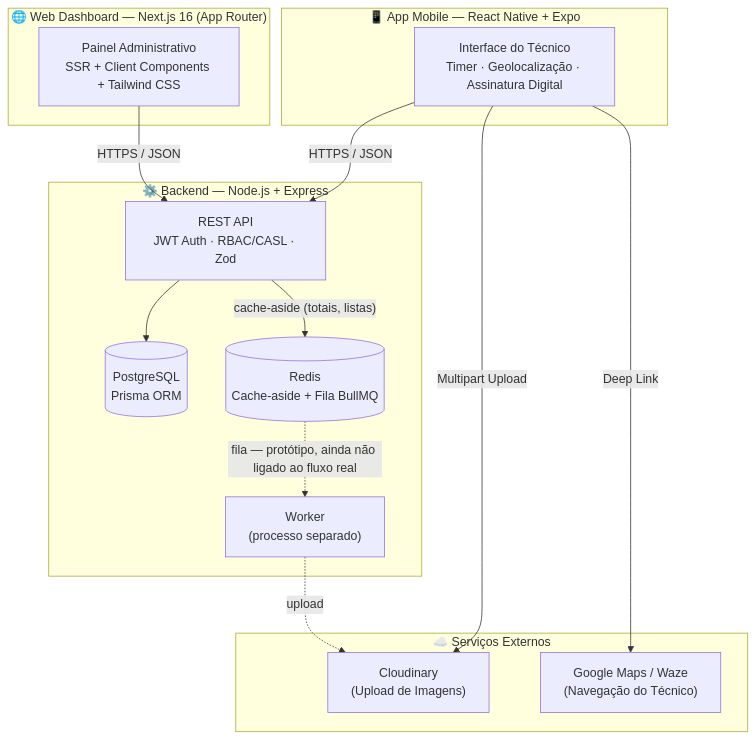
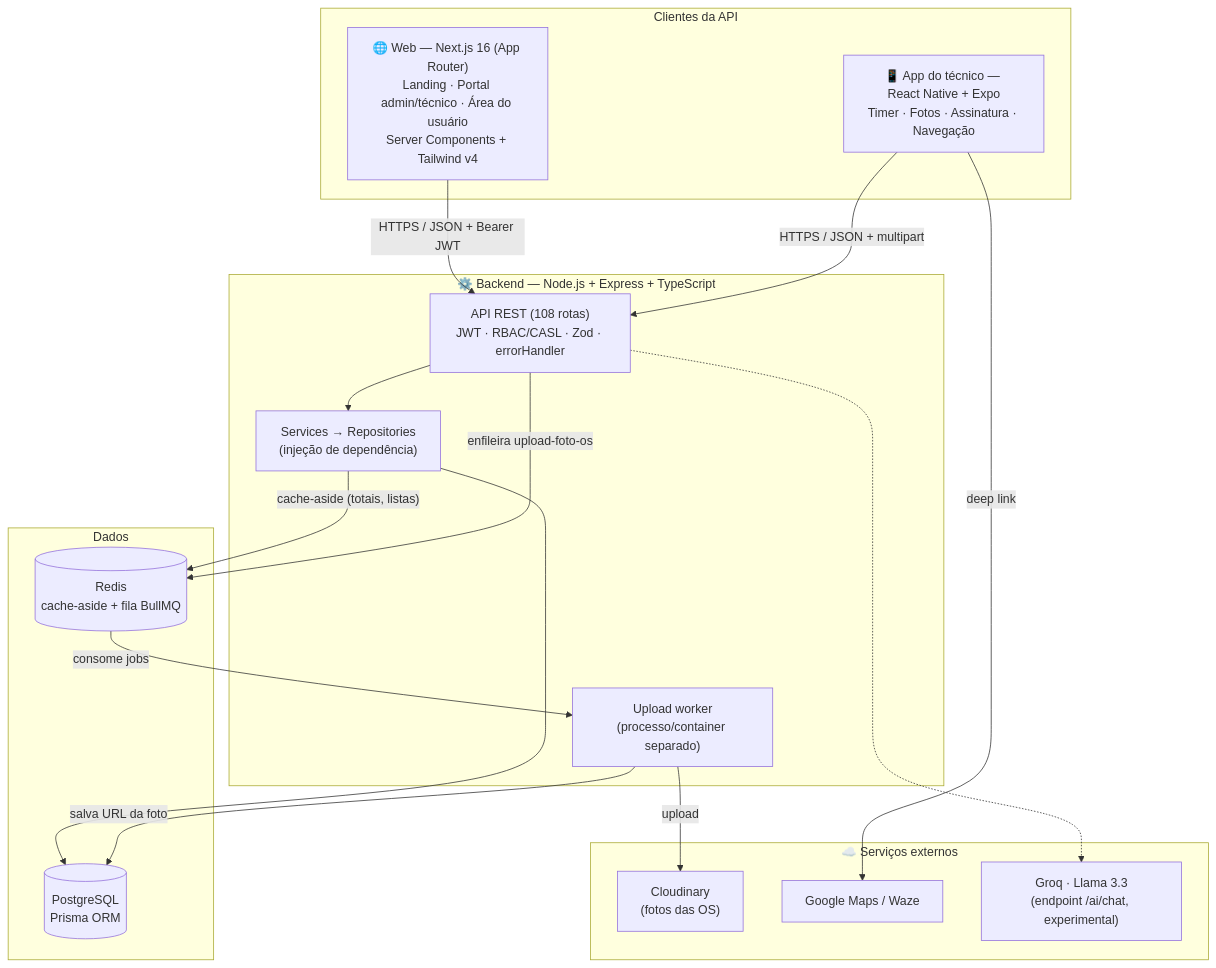
The first of 4 diagrams in README.md (pablo-cruzbr/Fire-OS-Service-Order-SaaS), drawn with Mermaid before and after one commit. The commit also changed other lines of this file, not shown here.

First line of the commit message:
docs: update root README architecture, communication and roadmap

````diff
--- a/README.md
+++ b/README.md
@@ -64,31 +66,35 @@
 ```mermaid
 graph TB
-  subgraph Web["🌐 Web Dashboard — Next.js 16 (App Router)"]
-    FE["Painel Administrativo<br/>SSR + Client Components + Tailwind CSS"]
+  subgraph Clients["Clientes da API"]
+    WEB["🌐 Web — Next.js 16 (App Router)<br/>Landing · Portal admin/técnico · Área do usuário<br/>Server Components + Tailwind v4"]
+    APP["📱 App do técnico — React Native + Expo<br/>Timer · Fotos · Assinatura · Navegação"]
   end
 
-  subgraph Mobile["📱 App Mobile — React Native + Expo"]
-    APP["Interface do Técnico<br/>Timer · Geolocalização · Assinatura Digital"]
+  subgraph Backend["⚙️ Backend — Node.js + Express + TypeScript"]
+    API["API REST (108 rotas)<br/>JWT · RBAC/CASL · Zod · errorHandler"]
+    SVC["Services → Repositories<br/>(injeção de dependência)"]
+    WORKER["Upload worker<br/>(processo/container separado)"]
   end
 
-  subgraph Backend["⚙️ Backend — Node.js + Express"]
-    API["REST API<br/>JWT Auth · RBAC/CASL · Zod"]
+  subgraph Data["Dados"]
     DB[("PostgreSQL<br/>Prisma ORM")]
-    REDIS[("Redis<br/>Cache-aside + Fila BullMQ")]
-    WORKER["Worker<br/>(processo separado)"]
+    REDIS[("Redis<br/>cache-aside + fila BullMQ")]
   end
 
-  subgraph External["☁️ Serviços Externos"]
-    CDN["Cloudinary<br/>(Upload de Imagens)"]
-    MAPS["Google Maps / Waze<br/>(Navegação do Técnico)"]
+  subgraph External["☁️ Serviços externos"]
+    CDN["Cloudinary<br/>(fotos das OS)"]
+    MAPS["Google Maps / Waze"]
+    LLM["Groq · Llama 3.3<br/>(endpoint /ai/chat, experimental)"]
   end
 
-  FE  -->|"HTTPS / JSON"| API
-  APP -->|"HTTPS / JSON"| API
-  API --> DB
-  API -->|"cache-aside (totais, listas)"| REDIS
-  REDIS -.->|"fila — protótipo, ainda não ligado ao fluxo real"| WORKER
-  WORKER -.->|"upload"| CDN
-  APP -->|"Multipart Upload"| CDN
-  APP -->|"Deep Link"| MAPS
+  WEB -->|"HTTPS / JSON + Bearer JWT"| API
+  APP -->|"HTTPS / JSON + multipart"| API
+  API --> SVC --> DB
+  SVC -->|"cache-aside (totais, listas)"| REDIS
+  API -->|"enfileira upload-foto-os"| REDIS
+  REDIS -->|"consome jobs"| WORKER
+  WORKER -->|"upload"| CDN
+  WORKER -->|"salva URL da foto"| DB
+  API -.-> LLM
+  APP -->|"deep link"| MAPS
 ```
````
